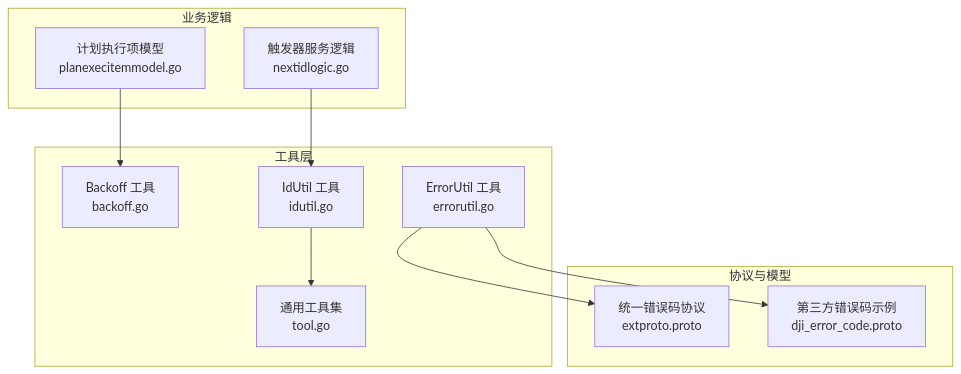
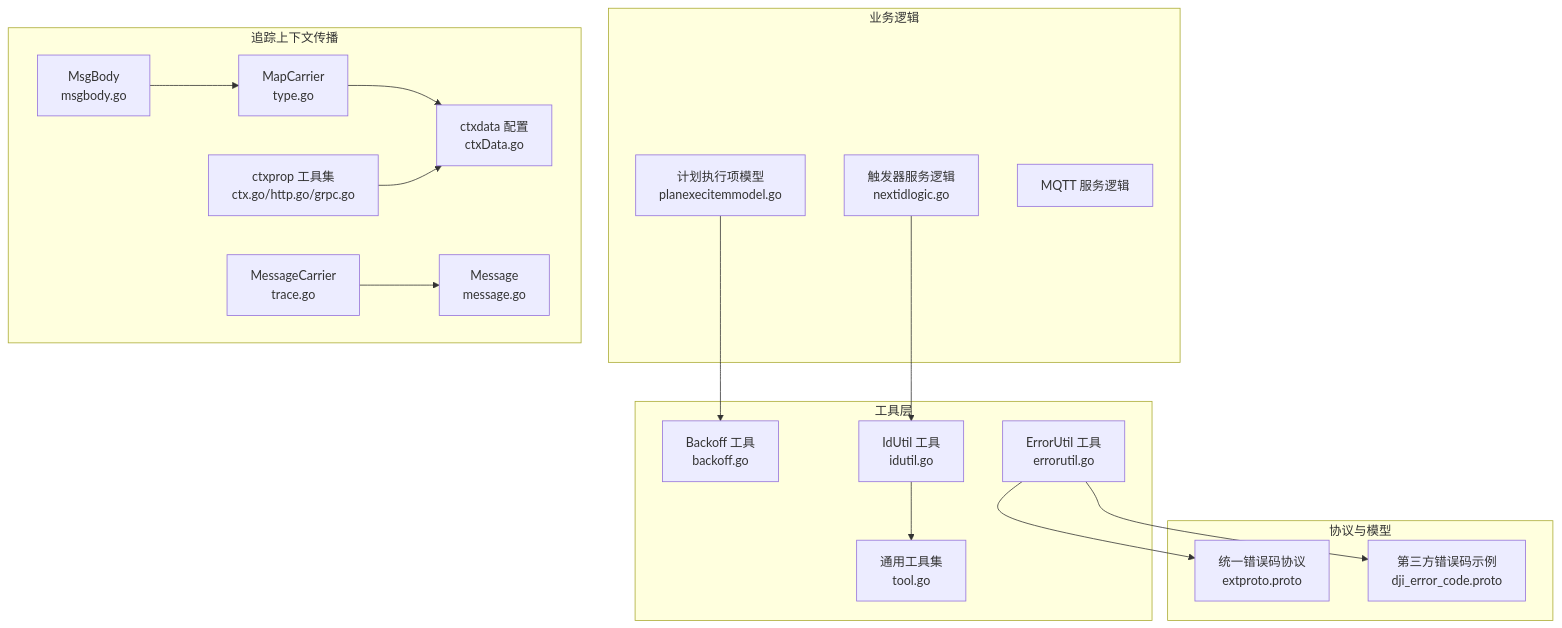
The second of 8 diagrams in .qoder/repowiki/zh/content/公共组件库/工具组件/辅助工具.md (maomao94/zero-service), drawn with Mermaid before and after one commit. The commit also changed other lines of this file and 25 other files, not shown here.

````diff
--- a/.qoder/repowiki/zh/content/公共组件库/工具组件/辅助工具.md
+++ b/.qoder/repowiki/zh/content/公共组件库/工具组件/辅助工具.md
@@ -108,22 +161,35 @@
 ```mermaid
 graph TB
 subgraph "业务逻辑"
 L1["触发器服务逻辑<br/>nextidlogic.go"]
 L2["计划执行项模型<br/>planexecitemmodel.go"]
+L3["MQTT 服务逻辑"]
 end
 subgraph "工具层"
 B["Backoff 工具<br/>backoff.go"]
 E["ErrorUtil 工具<br/>errorutil.go"]
 I["IdUtil 工具<br/>idutil.go"]
 T["通用工具集<br/>tool.go"]
+end
+subgraph "追踪上下文传播"
+MC["MapCarrier<br/>type.go"]
+MSGC["MessageCarrier<br/>trace.go"]
+MSG["Message<br/>message.go"]
+MB["MsgBody<br/>msgbody.go"]
+CTX["ctxprop 工具集<br/>ctx.go/http.go/grpc.go"]
+CTXD["ctxdata 配置<br/>ctxData.go"]
 end
 subgraph "协议与模型"
 P["统一错误码协议<br/>extproto.proto"]
 D["第三方错误码示例<br/>dji_error_code.proto"]
 end
 L1 --> I
 L2 --> B
 E --> P
 E --> D
 I --> T
+MC --> CTXD
+MSGC --> MSG
+MB --> MC
+CTX --> CTXD
 ```
````
